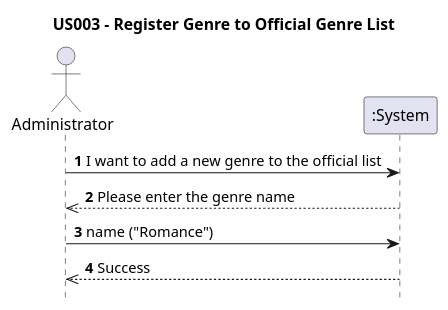
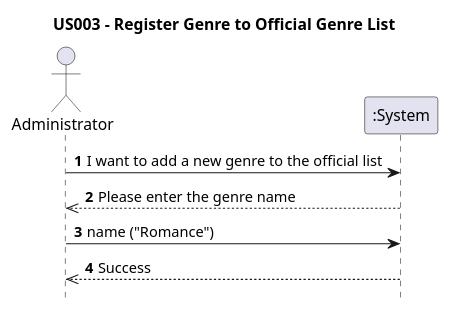
The diagram in Diagrams/SequenceDiagrams/N1/US003-To-add-a-publication-genre-list.puml (AndrePereiraGitH/SWitCH-Project-Team_A), drawn with PlantUML before and after one commit. The commit also changed 5 other files, not shown here.

```diff
--- a/Diagrams/SequenceDiagrams/N1/US003-To-add-a-publication-genre-list.puml
+++ b/Diagrams/SequenceDiagrams/N1/US003-To-add-a-publication-genre-list.puml
@@ -1,13 +1,13 @@
 @startuml
 hide footbox
 title US003 - Register Genre to Official Genre List
-
+autoNumber
 actor Administrator
 participant ":System" as System
 
-Administrator -> System : **1** I want to add a new genre to the official list
-System --->> Administrator : **2** Please enter the genre name
-Administrator -> System : **3** name ("Romance")
-System --->> Administrator : **4** Success
+Administrator -> System :  I want to add a new genre to the official list
+System --->> Administrator : Please enter the genre name
+Administrator -> System :  name ("Romance")
+System --->> Administrator : Success
 
 @enduml
```
